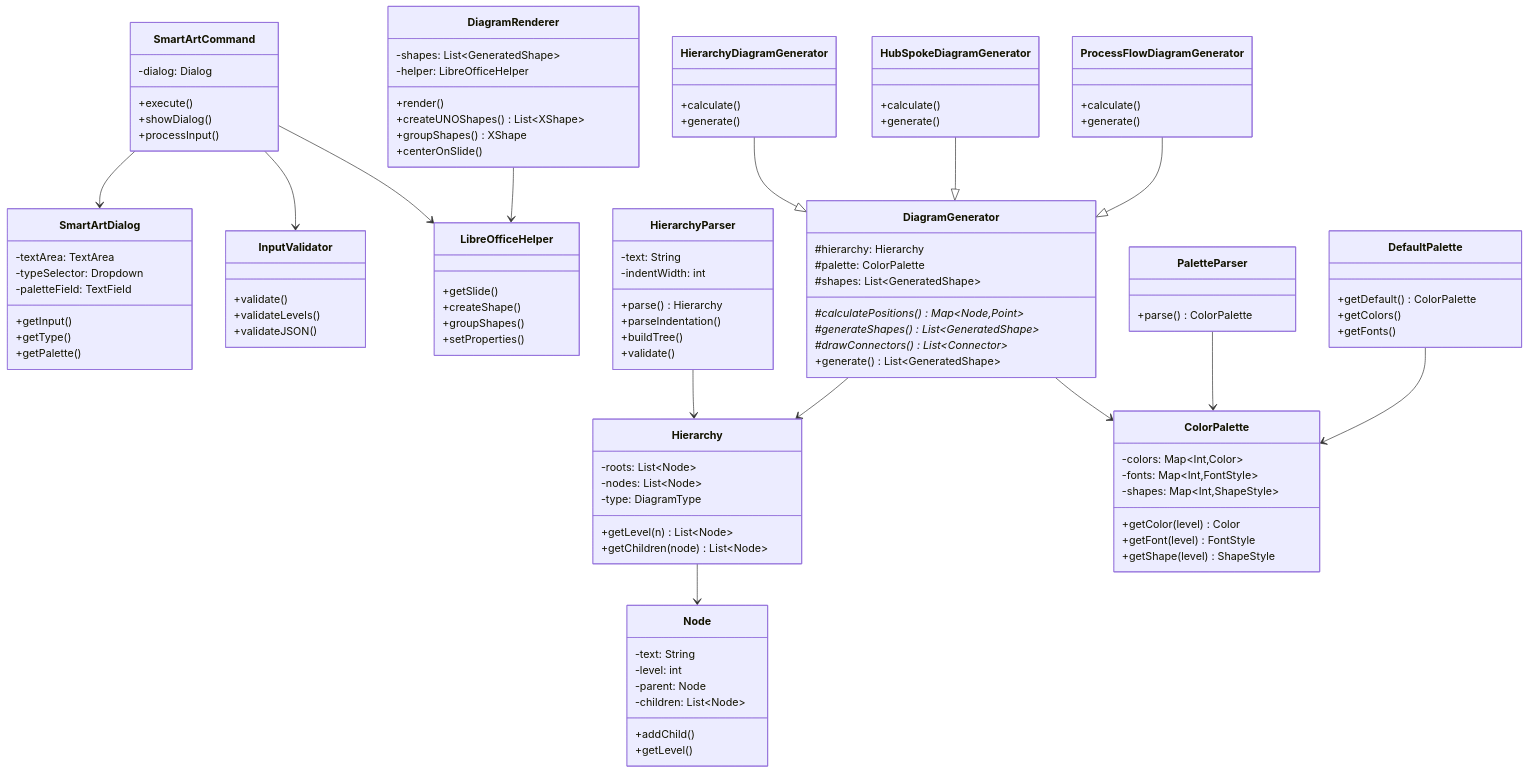
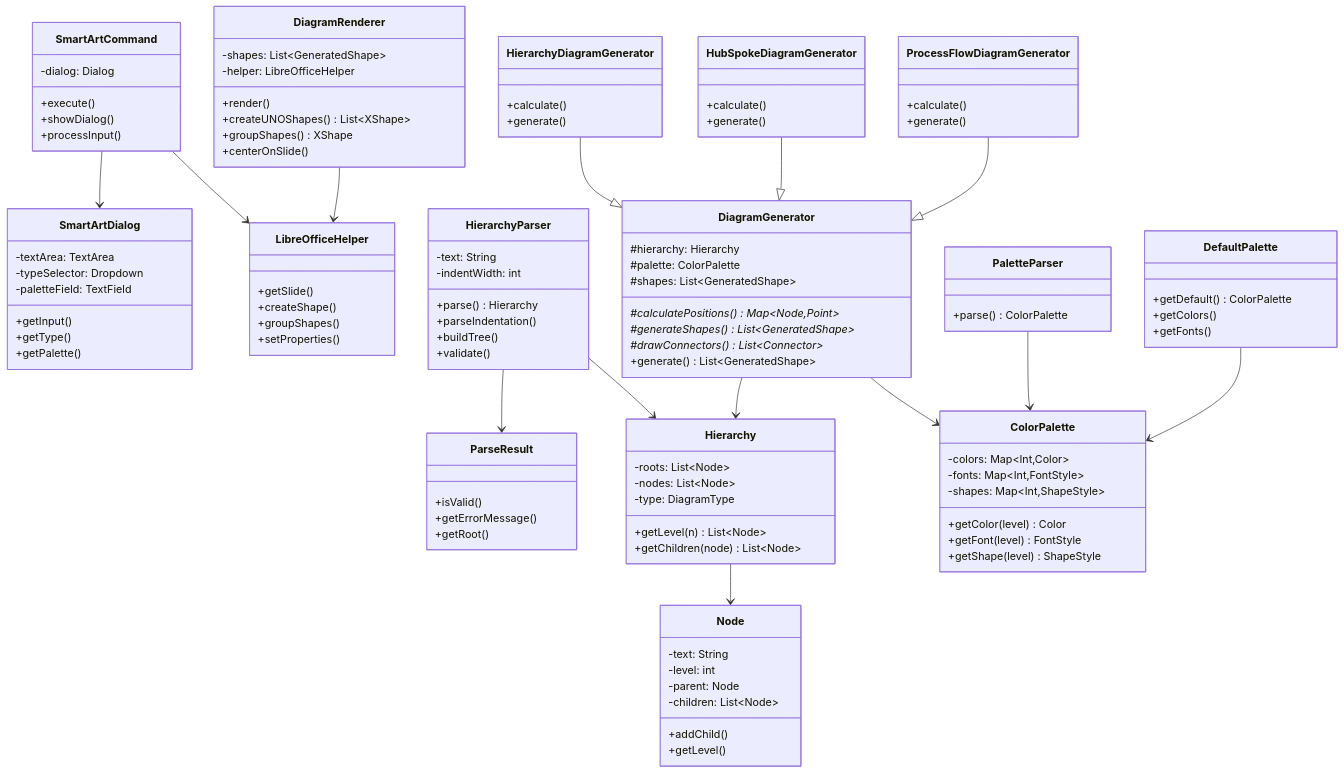
The first of 4 diagrams in Architecture_VDiagram.md (Steedalion/SmartArtForLibreImpress), drawn with Mermaid before and after one commit. The commit also changed other lines of this file and 3 other files, not shown here.

```diff
--- a/Architecture_VDiagram.md
+++ b/Architecture_VDiagram.md
@@ -24,10 +24,10 @@
         +getPalette()
     }
     
-    class InputValidator {
-        +validate()
-        +validateLevels()
-        +validateJSON()
+    class ParseResult {
+        +isValid()
+        +getErrorMessage()
+        +getRoot()
     }
     
     class LibreOfficeHelper {
@@ -118,7 +118,7 @@
     
     %% Relationships
     SmartArtCommand --> SmartArtDialog
-    SmartArtCommand --> InputValidator
+    HierarchyParser --> ParseResult
     SmartArtCommand --> LibreOfficeHelper
     HierarchyParser --> Hierarchy
     Hierarchy --> Node
```
